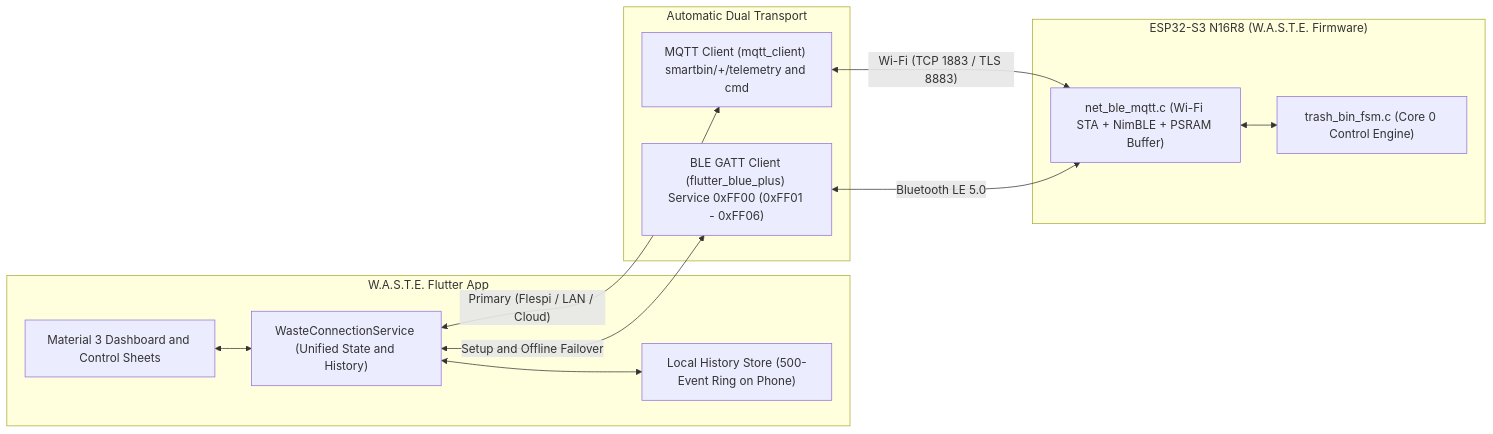
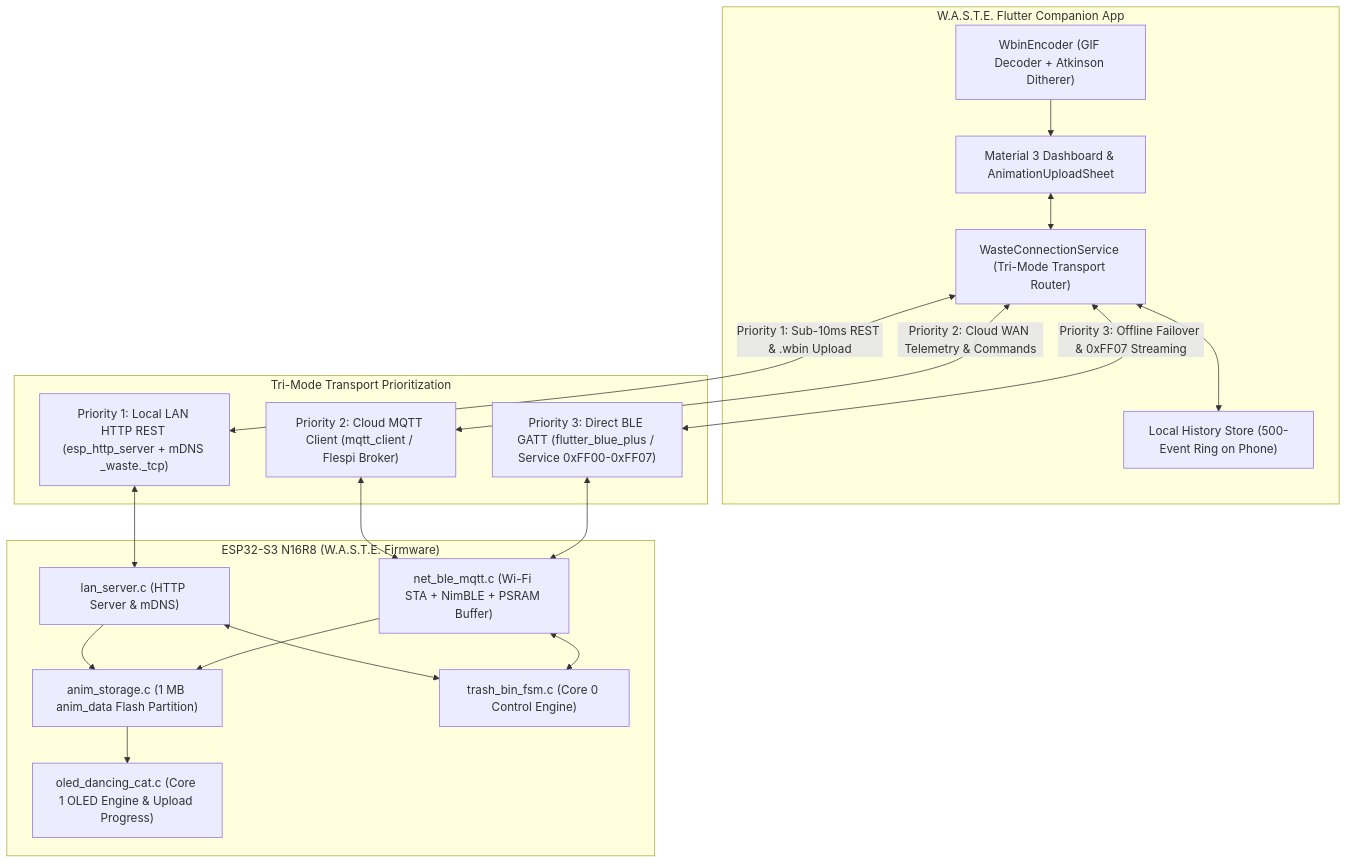
Before and after one commit to ASCENDINGHeat/waste-trash-bin: the first of 2 diagrams in docs/06-flutter-companion-app.md, drawn with Mermaid. The commit also changed other lines of this file and 32 other files, not shown here.

Commit message:
feat(v2.0.0): implement Smart OLED HUD, Tri-Mode LAN & custom .wbin animation uploads

````diff
--- a/docs/06-flutter-companion-app.md
+++ b/docs/06-flutter-companion-app.md
@@ -17,26 +19,39 @@
 ```mermaid
-flowchart LR
-    subgraph App["W.A.S.T.E. Flutter App"]
-        UI["Material 3 Dashboard and Control Sheets"]
-        SVC["WasteConnectionService (Unified State and History)"]
+flowchart TD
+    subgraph App["W.A.S.T.E. Flutter Companion App"]
+        UI["Material 3 Dashboard & AnimationUploadSheet"]
+        ROUTER["WasteConnectionService (Tri-Mode Transport Router)"]
         STORE["Local History Store (500-Event Ring on Phone)"]
-        UI <--> SVC
-        SVC <--> STORE
+        CONV["WbinEncoder (GIF Decoder + Atkinson Ditherer)"]
+        UI <--> ROUTER
+        ROUTER <--> STORE
+        CONV --> UI
     end
 
-    subgraph Transport["Automatic Dual Transport"]
-        MQTT["MQTT Client (mqtt_client) smartbin/+/telemetry and cmd"]
-        BLE["BLE GATT Client (flutter_blue_plus) Service 0xFF00 (0xFF01 - 0xFF06)"]
+    subgraph Transports["Tri-Mode Transport Prioritization"]
+        LAN["Priority 1: Local LAN HTTP REST (esp_http_server + mDNS _waste._tcp)"]
+        MQTT["Priority 2: Cloud MQTT Client (mqtt_client / Flespi Broker)"]
+        BLE["Priority 3: Direct BLE GATT (flutter_blue_plus / Service 0xFF00-0xFF07)"]
     end
 
     subgraph MCU["ESP32-S3 N16R8 (W.A.S.T.E. Firmware)"]
+        LAN_SRV["lan_server.c (HTTP Server & mDNS)"]
         NET["net_ble_mqtt.c (Wi-Fi STA + NimBLE + PSRAM Buffer)"]
+        STORAGE["anim_storage.c (1 MB anim_data Flash Partition)"]
         FSM["trash_bin_fsm.c (Core 0 Control Engine)"]
+        HUD["oled_dancing_cat.c (Core 1 OLED Engine & Upload Progress)"]
+        LAN_SRV <--> FSM
         NET <--> FSM
+        LAN_SRV --> STORAGE
+        NET --> STORAGE
+        STORAGE --> HUD
     end
 
-    SVC <-->|"Primary (Flespi / LAN / Cloud)"| MQTT
-    SVC <-->|"Setup and Offline Failover"| BLE
-    MQTT <-->|"Wi-Fi (TCP 1883 / TLS 8883)"| NET
-    BLE <-->|"Bluetooth LE 5.0"| NET
+    ROUTER <-->|"Priority 1: Sub-10ms REST & .wbin Upload"| LAN
+    ROUTER <-->|"Priority 2: Cloud WAN Telemetry & Commands"| MQTT
+    ROUTER <-->|"Priority 3: Offline Failover & 0xFF07 Streaming"| BLE
+
+    LAN <--> LAN_SRV
+    MQTT <--> NET
+    BLE <--> NET
 ```
````
